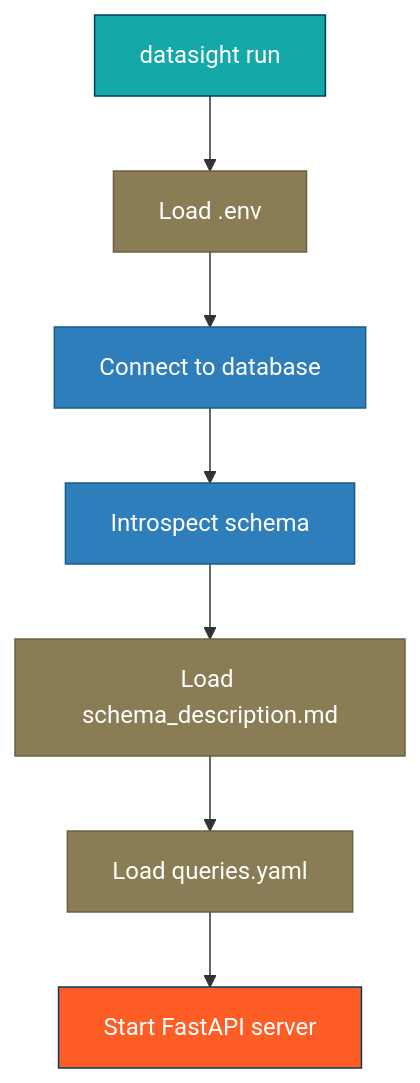
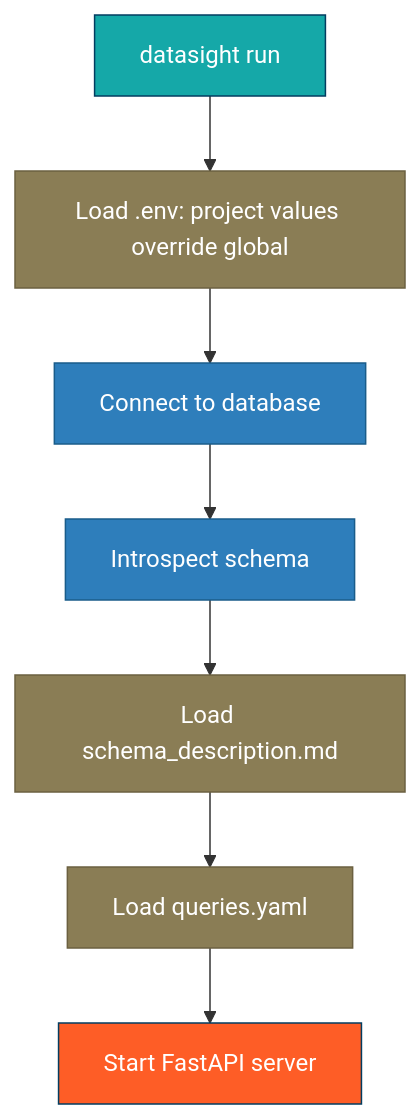
Before and after one commit to dsgrid/datasight: the diagram in docs/project-developer/set-up-project.md, drawn with Mermaid. The commit also changed other lines of this file and 16 other files, not shown here.

````diff
--- a/docs/project-developer/set-up-project.md
+++ b/docs/project-developer/set-up-project.md
@@ -241,17 +260,17 @@
 ```mermaid
 flowchart TB
-    A[datasight run] --> B[Load .env]
+    A[datasight run] --> B[Load .env: project values override global]
     B --> C[Connect to database]
     C --> D[Introspect schema]
     D --> E[Load schema_description.md]
     E --> F[Load queries.yaml]
     F --> G[Start FastAPI server]
 
     style A fill:#15a8a8,stroke:#023d60,color:#fff
     style B fill:#8a7d55,stroke:#6b6040,color:#fff
     style C fill:#2e7ebb,stroke:#1a5c8a,color:#fff
     style D fill:#2e7ebb,stroke:#1a5c8a,color:#fff
     style E fill:#8a7d55,stroke:#6b6040,color:#fff
     style F fill:#8a7d55,stroke:#6b6040,color:#fff
     style G fill:#fe5d26,stroke:#023d60,color:#fff
 ```
````
